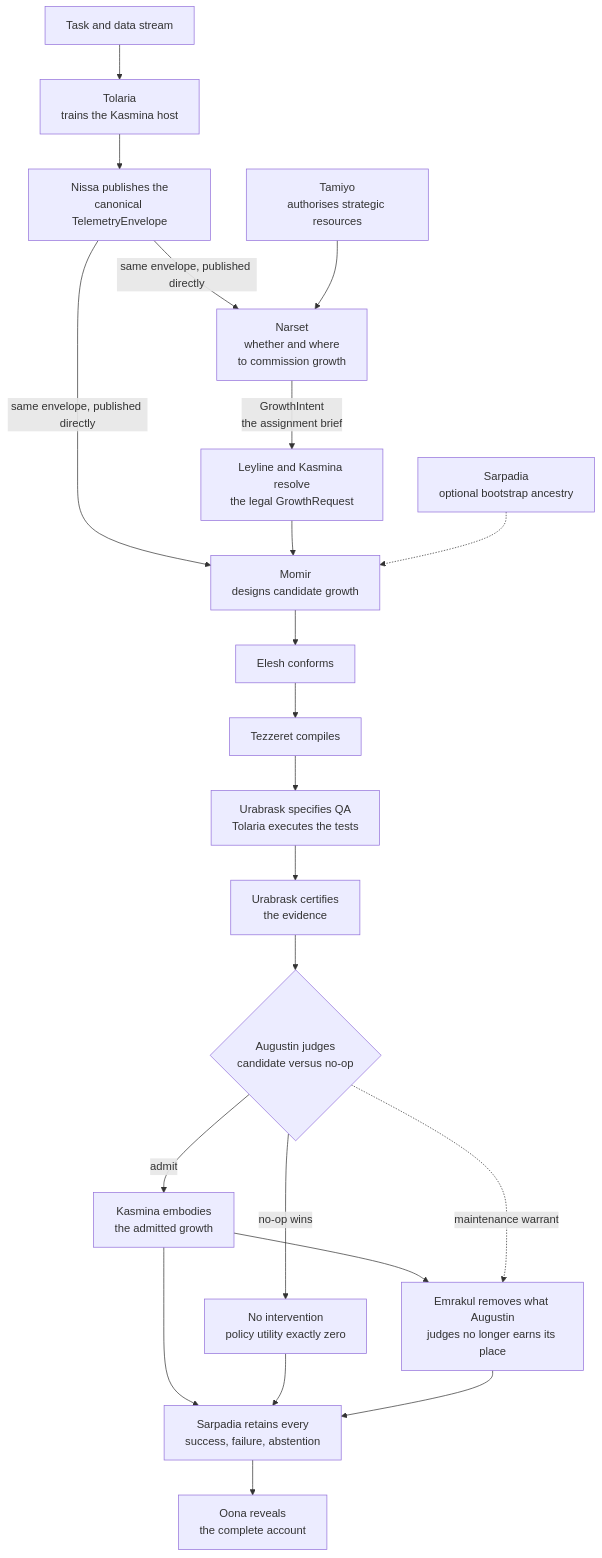
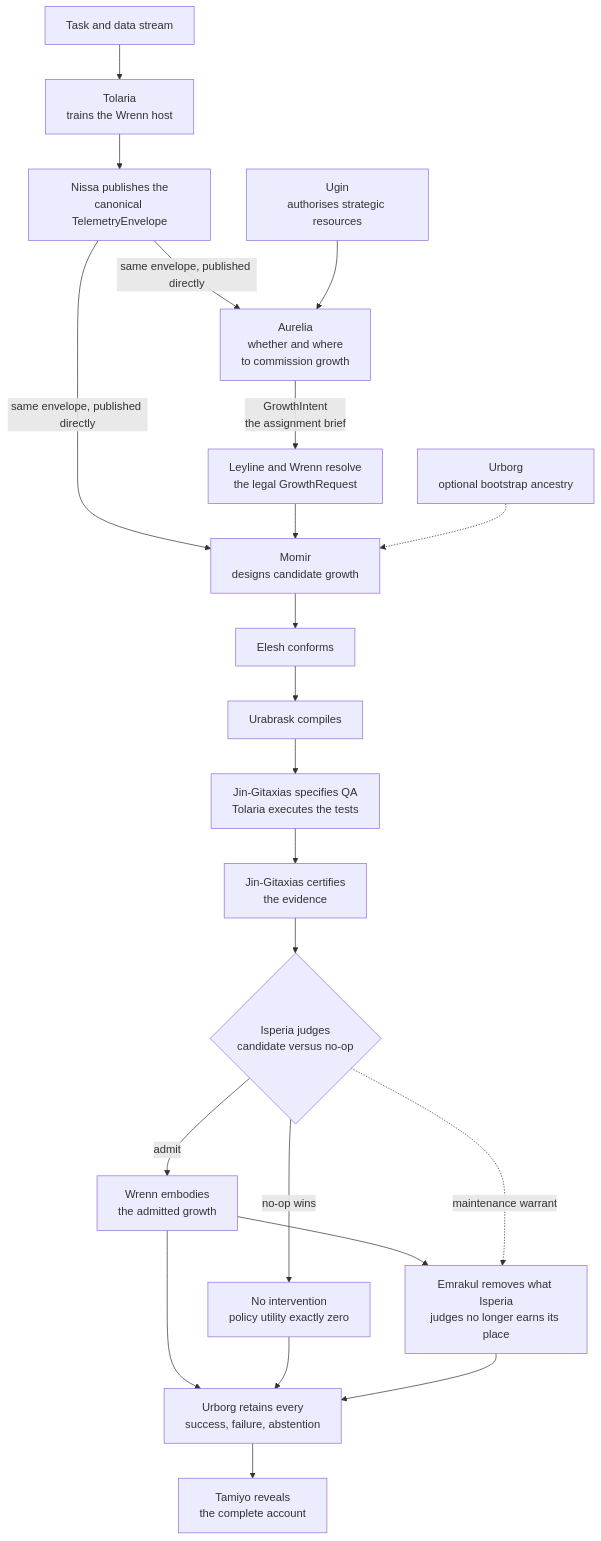
One commit to foundryside-dev/simic changed the diagram in tools/diagrams/core-loop.mmd. Above: the diagram before and after it, drawn with Mermaid. The commit also changed 72 other files, not shown here.

```diff
--- a/tools/diagrams/core-loop.mmd
+++ b/tools/diagrams/core-loop.mmd
@@ -1,36 +1,36 @@
 %% Simic core loop — index.html
 %% Source: docs/design/01-claim.md §1 (the shared execution reality).
 %% Rendered by build.sh; do not hand-edit the generated SVGs.
 flowchart TD
-    DATA["Task and data stream"] --> TOL["Tolaria<br/>trains the Kasmina host"]
+    DATA["Task and data stream"] --> TOL["Tolaria<br/>trains the Wrenn host"]
     TOL --> NIS["Nissa publishes the<br/>canonical TelemetryEnvelope"]
 
-    NIS -->|"same envelope, published directly"| NAR["Narset<br/>whether and where<br/>to commission growth"]
+    NIS -->|"same envelope, published directly"| AUR["Aurelia<br/>whether and where<br/>to commission growth"]
     NIS -->|"same envelope, published directly"| MOM["Momir<br/>designs candidate growth"]
 
-    TAM["Tamiyo<br/>authorises strategic resources"] --> NAR
-    NAR -->|"GrowthIntent<br/>the assignment brief"| RES["Leyline and Kasmina resolve<br/>the legal GrowthRequest"]
+    UGN["Ugin<br/>authorises strategic resources"] --> AUR
+    AUR -->|"GrowthIntent<br/>the assignment brief"| RES["Leyline and Wrenn resolve<br/>the legal GrowthRequest"]
     RES --> MOM
-    SARB["Sarpadia<br/>optional bootstrap ancestry"] -.-> MOM
+    URGB["Urborg<br/>optional bootstrap ancestry"] -.-> MOM
 
     MOM --> ELE["Elesh conforms"]
-    ELE --> TEZ["Tezzeret compiles"]
-    TEZ --> URA["Urabrask specifies QA<br/>Tolaria executes the tests"]
-    URA --> CERT["Urabrask certifies<br/>the evidence"]
-    CERT --> AUG{"Augustin judges<br/>candidate versus no-op"}
+    ELE --> URA["Urabrask compiles"]
+    URA --> JIN["Jin-Gitaxias specifies QA<br/>Tolaria executes the tests"]
+    JIN --> CERT["Jin-Gitaxias certifies<br/>the evidence"]
+    CERT --> ISP{"Isperia judges<br/>candidate versus no-op"}
 
-    AUG -->|"admit"| KAS["Kasmina embodies<br/>the admitted growth"]
-    AUG -->|"no-op wins"| NOOP["No intervention<br/>policy utility exactly zero"]
+    ISP -->|"admit"| WRE["Wrenn embodies<br/>the admitted growth"]
+    ISP -->|"no-op wins"| NOOP["No intervention<br/>policy utility exactly zero"]
 
-    %% INV-27: Emrakul acts only on an Augustin maintenance warrant. Do not
+    %% INV-27: Emrakul acts only on an Isperia maintenance warrant. Do not
     %% shorten this label to "Emrakul removes ..." — that draws Emrakul
     %% retiring committed structure on its own authority, which it cannot.
-    KAS --> EMR["Emrakul removes what Augustin<br/>judges no longer earns its place"]
-    AUG -.->|"maintenance warrant"| EMR
+    WRE --> EMR["Emrakul removes what Isperia<br/>judges no longer earns its place"]
+    ISP -.->|"maintenance warrant"| EMR
 
-    KAS --> SAR["Sarpadia retains every<br/>success, failure, abstention"]
-    NOOP --> SAR
-    EMR --> SAR
-    SAR --> OON["Oona reveals<br/>the complete account"]
+    WRE --> URG["Urborg retains every<br/>success, failure, abstention"]
+    NOOP --> URG
+    EMR --> URG
+    URG --> TAM["Tamiyo reveals<br/>the complete account"]
 
     class NOOP accent
```
